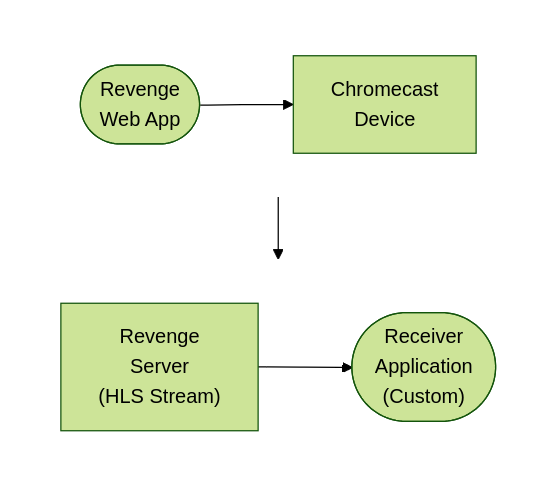
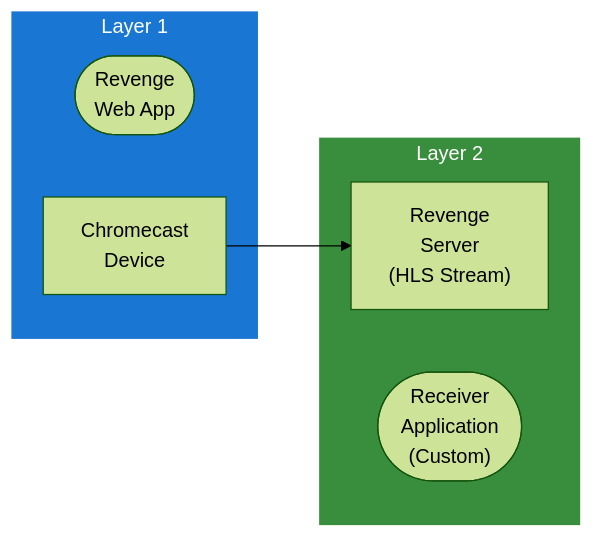
The diagram in docs/dev/design/integrations/casting/CHROMECAST.md (lusoris/revenge), drawn with Mermaid (forest theme) before and after one commit. The commit also changed 215 other files, not shown here.

First line of the commit message:
feat(diagrams): convert all ASCII diagrams to Mermaid with LR subgraphs

````diff
--- a/docs/dev/design/integrations/casting/CHROMECAST.md
+++ b/docs/dev/design/integrations/casting/CHROMECAST.md
@@ -58,20 +58,19 @@
 ```mermaid
-flowchart TD
-    subgraph row1[ ]
-        direction LR
+flowchart LR
+    subgraph Layer1["Layer 1"]
         node1(["Revenge<br/>Web App"])
         node2["Chromecast<br/>Device"]
     end
-    subgraph row2[ ]
-        direction LR
+
+    subgraph Layer2["Layer 2"]
         node3["Revenge<br/>Server<br/>(HLS Stream)"]
         node4(["Receiver<br/>Application<br/>(Custom)"])
     end
-    node1 --> node2
-    node3 --> node4
+
+    %% Connections
     node2 --> node3
 
-    %% Hide row subgraph borders
-    style row1 fill:transparent,stroke:transparent
-    style row2 fill:transparent,stroke:transparent
+    %% Styling
+    style Layer1 fill:#1976D2,stroke:#1976D2,color:#fff
+    style Layer2 fill:#388E3C,stroke:#388E3C,color:#fff
 ```
````
